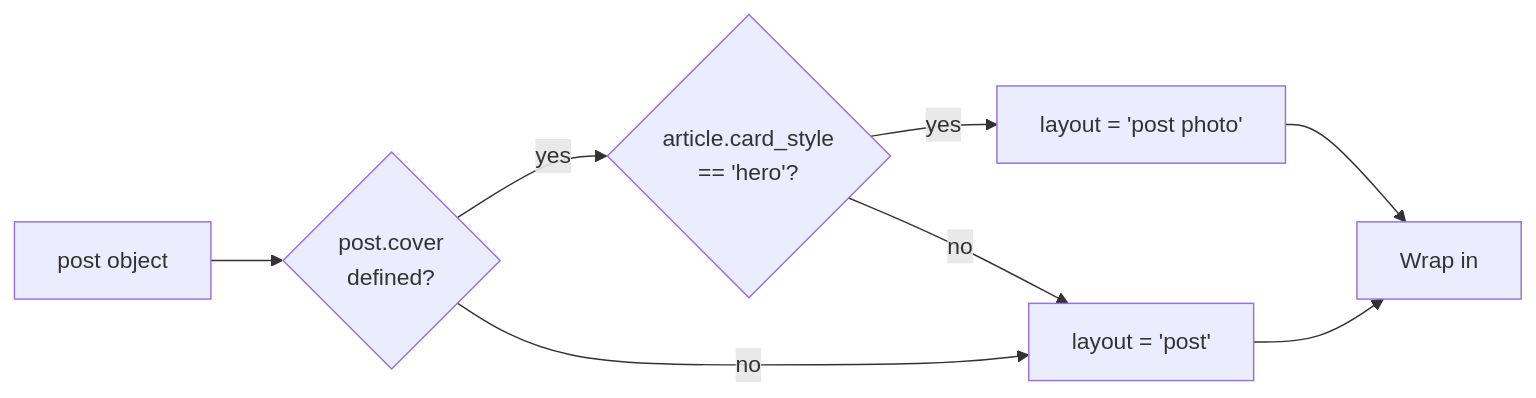
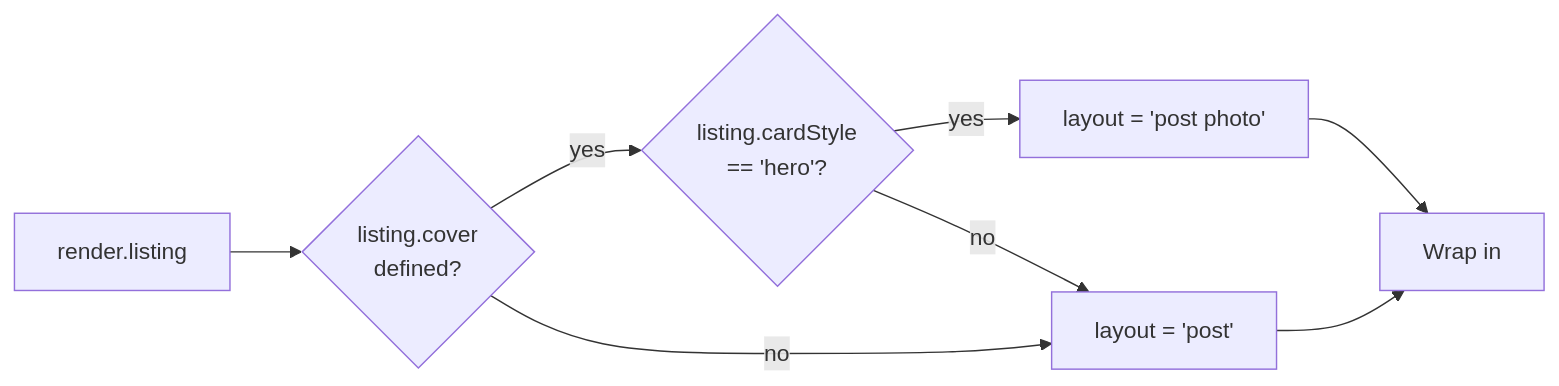
Before and after one commit to xaoxuu/hexo-theme-stellar: the third of 10 diagrams in docs/knowledge/03-内容系统/post-lists-cards.md, drawn with Mermaid. The commit also changed other lines of this file and 41 other files, not shown here.

````diff
--- a/docs/knowledge/03-内容系统/post-lists-cards.md
+++ b/docs/knowledge/03-内容系统/post-lists-cards.md
@@ -125,17 +131,17 @@
 ```mermaid
 graph LR
-    PostObject["post object"]
-    CheckCover{"post.cover<br/>defined?"}
-    CheckCardStyle{"article.card_style<br/>== 'hero'?"}
+    PostObject["render.listing"]
+    CheckCover{"listing.cover<br/>defined?"}
+    CheckCardStyle{"listing.cardStyle<br/>== 'hero'?"}
     PhotoLayout["layout = 'post photo'"]
     DefaultLayout["layout = 'post'"]
     WrapHTML["Wrap in <a class='post-card {layout}'>"]
     
     PostObject --> CheckCover
     CheckCover -->|"yes"| CheckCardStyle
     CheckCover -->|"no"| DefaultLayout
     CheckCardStyle -->|"yes"| PhotoLayout
     CheckCardStyle -->|"no"| DefaultLayout
     PhotoLayout --> WrapHTML
     DefaultLayout --> WrapHTML
 ```
````
